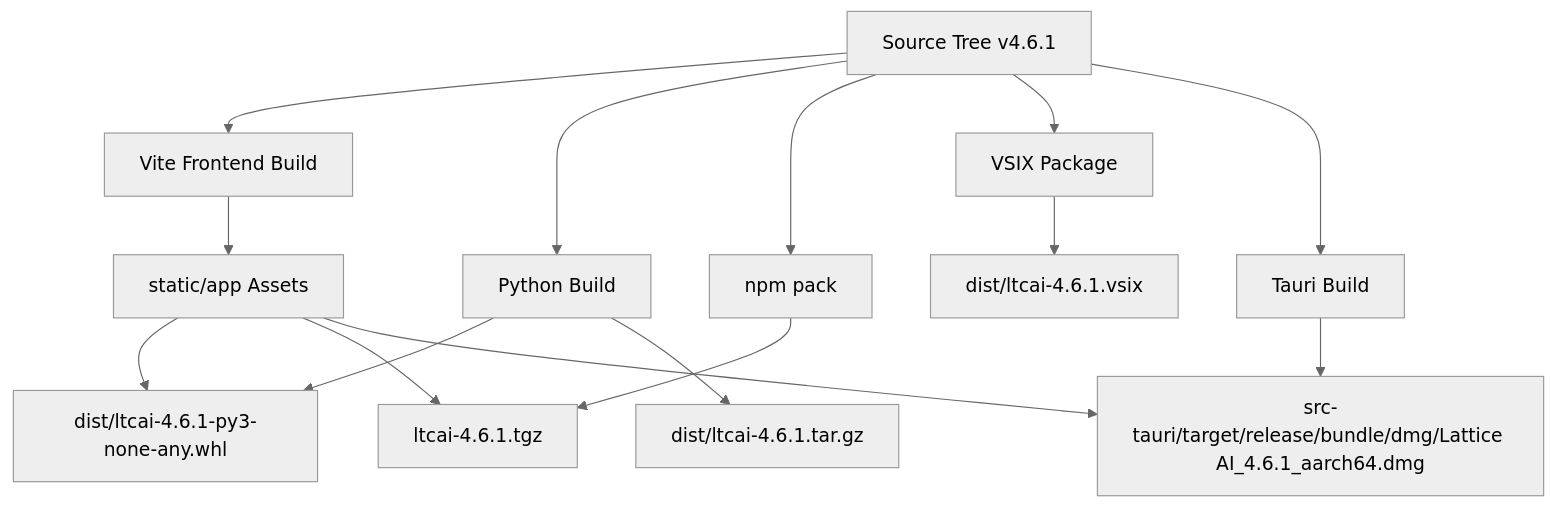
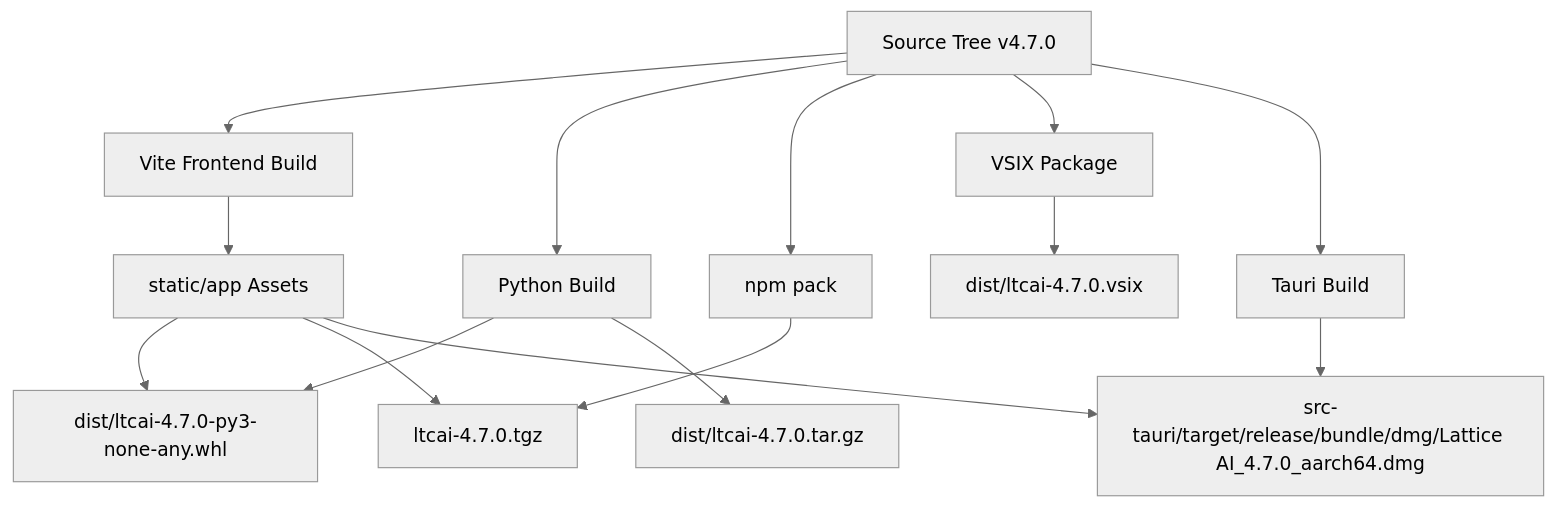
The tenth of 10 diagrams in ARCHITECTURE.md (TaeSooPark-PTS/LatticeAI), drawn with Mermaid (neutral theme) before and after one commit. The commit also changed other lines of this file and 57 other files, not shown here.

Commit message:
Release Lattice AI 4.7.0 admin separation

````diff
--- a/ARCHITECTURE.md
+++ b/ARCHITECTURE.md
@@ -246,18 +251,18 @@
 ```mermaid
 flowchart TB
-  Source["Source Tree v4.6.1"] --> FrontendBuild["Vite Frontend Build"]
+  Source["Source Tree v4.7.0"] --> FrontendBuild["Vite Frontend Build"]
   Source --> PythonBuild["Python Build"]
   Source --> NpmPack["npm pack"]
   Source --> VsixBuild["VSIX Package"]
   Source --> TauriBuild["Tauri Build"]
 
   FrontendBuild --> StaticAssets["static/app Assets"]
-  PythonBuild --> Wheel["dist/ltcai-4.6.1-py3-none-any.whl"]
-  PythonBuild --> Sdist["dist/ltcai-4.6.1.tar.gz"]
-  NpmPack --> Tgz["ltcai-4.6.1.tgz"]
-  VsixBuild --> Vsix["dist/ltcai-4.6.1.vsix"]
-  TauriBuild --> Dmg["src-tauri/target/release/bundle/dmg/Lattice AI_4.6.1_aarch64.dmg"]
+  PythonBuild --> Wheel["dist/ltcai-4.7.0-py3-none-any.whl"]
+  PythonBuild --> Sdist["dist/ltcai-4.7.0.tar.gz"]
+  NpmPack --> Tgz["ltcai-4.7.0.tgz"]
+  VsixBuild --> Vsix["dist/ltcai-4.7.0.vsix"]
+  TauriBuild --> Dmg["src-tauri/target/release/bundle/dmg/Lattice AI_4.7.0_aarch64.dmg"]
   StaticAssets --> Wheel
   StaticAssets --> Tgz
   StaticAssets --> Dmg
 ```
````
